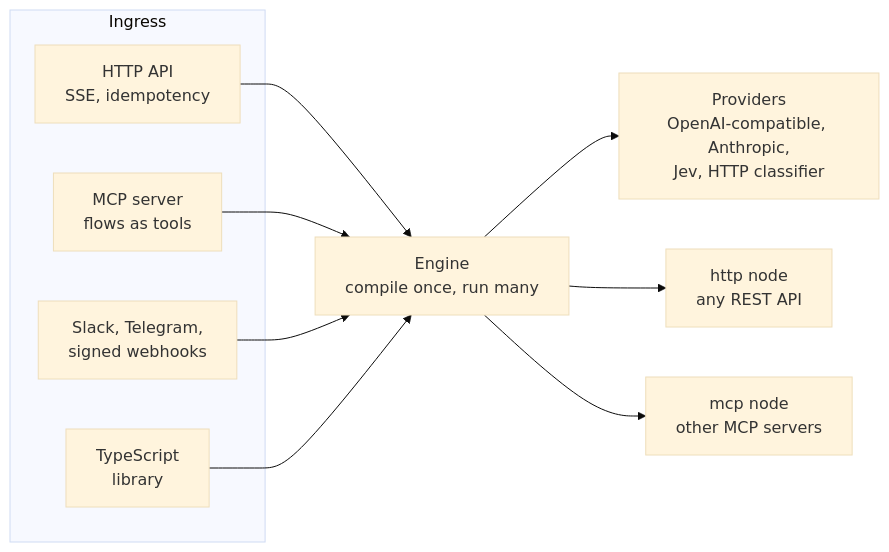
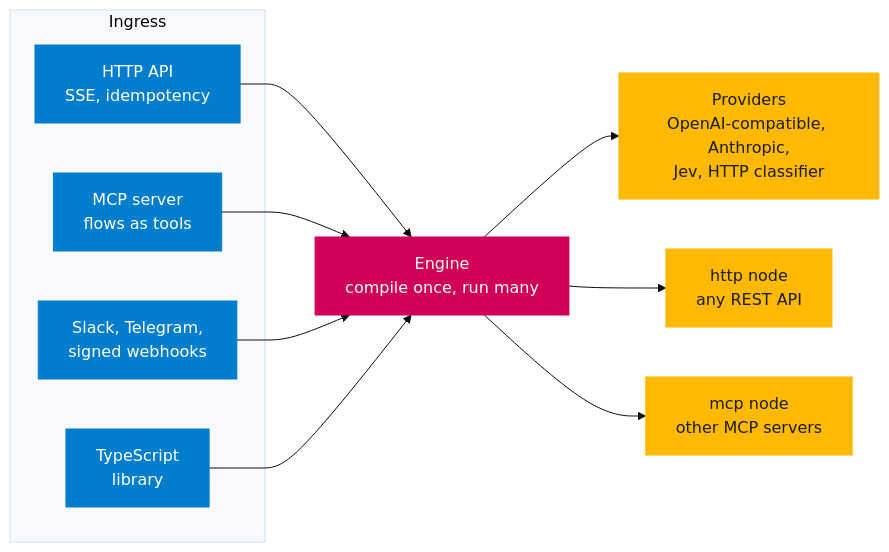
Before and after one commit to milfordai/milford: the first of 2 diagrams in README.md, drawn with Mermaid (base theme). The commit also changed other lines of this file and 1 other file, not shown here.

````diff
--- a/README.md
+++ b/README.md
@@ -82,16 +82,22 @@
 ```mermaid
 flowchart LR
   subgraph Ingress
     A["HTTP API<br/>SSE, idempotency"]
     B["MCP server<br/>flows as tools"]
     C["Slack, Telegram,<br/>signed webhooks"]
     D["TypeScript<br/>library"]
   end
   A --> E
   B --> E
   C --> E
   D --> E
   E["Engine<br/>compile once, run many"] --> F["Providers<br/>OpenAI-compatible, Anthropic,<br/>Jev, HTTP classifier"]
   E --> G["http node<br/>any REST API"]
   E --> H["mcp node<br/>other MCP servers"]
+  classDef entry fill:#007DCC,stroke:#007DCC,color:#fff
+  classDef engine fill:#D10056,stroke:#D10056,color:#fff
+  classDef target fill:#FFB900,stroke:#FFB900,color:#1c1c1c
+  class A,B,C,D entry
+  class E engine
+  class F,G,H target
 ```
````
